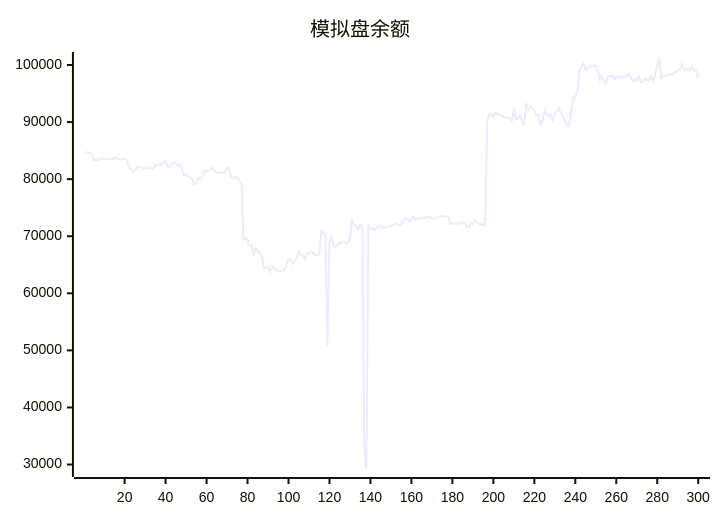
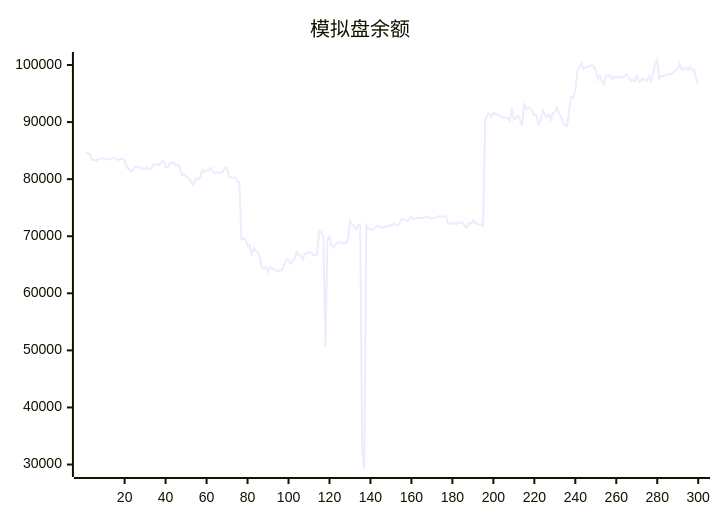
The diagram in README.md (aahl/ai-trading), drawn with Mermaid before and after one commit. The commit also changed other lines of this file and 1 other file, not shown here.

````diff
--- a/README.md
+++ b/README.md
@@ -5,5 +5,5 @@
 ```mermaid
 xychart
     title "模拟盘余额"
-    line [84768,84690,84635,84376,83360,83357,83259,83474,83608,83606,83602,83548,83440,83454,83724,83644,83464,83365,83590,83592,83275,82072,81806,81344,81492,82109,82254,82006,81848,81955,81829,82022,81769,81776,82522,82441,82656,82498,83144,83144,82150,82038,82797,82763,82872,82367,82536,81981,80612,80862,80484,80242,80034,79063,79245,80226,80016,80507,81625,81233,81544,81578,82016,81401,81019,81186,81130,81118,81306,82066,81909,80392,80304,80291,80258,79729,79261,69466,69579,69456,68251,68415,66832,67911,67462,67144,66432,64380,64375,64606,63740,64647,64324,64216,63842,63877,64078,64008,65156,65945,65888,65157,65625,66144,67284,66653,66639,65924,66925,66956,67263,67108,66766,66729,66886,70927,70673,70049,50652,69334,69973,68400,68061,68578,68876,68879,69055,68662,68822,69329,72687,71999,71760,71162,71911,71896,32500,29218,71927,71297,71305,71044,71337,71883,71822,71536,71536,71622,71723,71880,71860,72100,72216,71887,72077,72940,72976,72966,72638,72948,73497,73004,73041,73173,73160,73186,73258,73375,73351,73173,73098,73161,73305,73474,73536,73457,73413,73412,72100,72333,72164,72272,72204,72285,72461,72421,71652,71521,72267,72157,72774,72424,72144,72060,72091,71858,90185,91338,91466,90900,91678,91404,91268,91244,90903,90779,90787,90721,90187,92429,90518,90619,91070,90328,89376,93286,92202,92581,92485,91947,91196,91259,89619,90086,92063,91355,90950,91327,90373,91498,91800,92531,91603,90910,90031,89351,89334,92097,94406,94315,95455,98972,99763,100286,99229,99622,99701,99805,99938,99738,99082,97430,98094,97267,96741,98081,98013,98194,97447,97983,97789,97969,97729,97911,98043,98405,97912,97120,97448,97154,98095,97021,97190,97616,97402,97263,98035,97210,98424,100120,100876,97552,98049,98085,98228,98388,98342,98488,98750,99086,99181,100188,99107,99272,99553,99072,99636,99061,99186,97674]
+    line [84690,84635,84376,83360,83357,83259,83474,83608,83606,83602,83548,83440,83454,83724,83644,83464,83365,83590,83592,83275,82072,81806,81344,81492,82109,82254,82006,81848,81955,81829,82022,81769,81776,82522,82441,82656,82498,83144,83144,82150,82038,82797,82763,82872,82367,82536,81981,80612,80862,80484,80242,80034,79063,79245,80226,80016,80507,81625,81233,81544,81578,82016,81401,81019,81186,81130,81118,81306,82066,81909,80392,80304,80291,80258,79729,79261,69466,69579,69456,68251,68415,66832,67911,67462,67144,66432,64380,64375,64606,63740,64647,64324,64216,63842,63877,64078,64008,65156,65945,65888,65157,65625,66144,67284,66653,66639,65924,66925,66956,67263,67108,66766,66729,66886,70927,70673,70049,50652,69334,69973,68400,68061,68578,68876,68879,69055,68662,68822,69329,72687,71999,71760,71162,71911,71896,32500,29218,71927,71297,71305,71044,71337,71883,71822,71536,71536,71622,71723,71880,71860,72100,72216,71887,72077,72940,72976,72966,72638,72948,73497,73004,73041,73173,73160,73186,73258,73375,73351,73173,73098,73161,73305,73474,73536,73457,73413,73412,72100,72333,72164,72272,72204,72285,72461,72421,71652,71521,72267,72157,72774,72424,72144,72060,72091,71858,90185,91338,91466,90900,91678,91404,91268,91244,90903,90779,90787,90721,90187,92429,90518,90619,91070,90328,89376,93286,92202,92581,92485,91947,91196,91259,89619,90086,92063,91355,90950,91327,90373,91498,91800,92531,91603,90910,90031,89351,89334,92097,94406,94315,95455,98972,99763,100286,99229,99622,99701,99805,99938,99738,99082,97430,98094,97267,96741,98081,98013,98194,97447,97983,97789,97969,97729,97911,98043,98405,97912,97120,97448,97154,98095,97021,97190,97616,97402,97263,98035,97210,98424,100120,100876,97552,98049,98085,98228,98388,98342,98488,98750,99086,99181,100188,99107,99272,99553,99072,99636,99061,99186,97674,96679]
 ```
````
